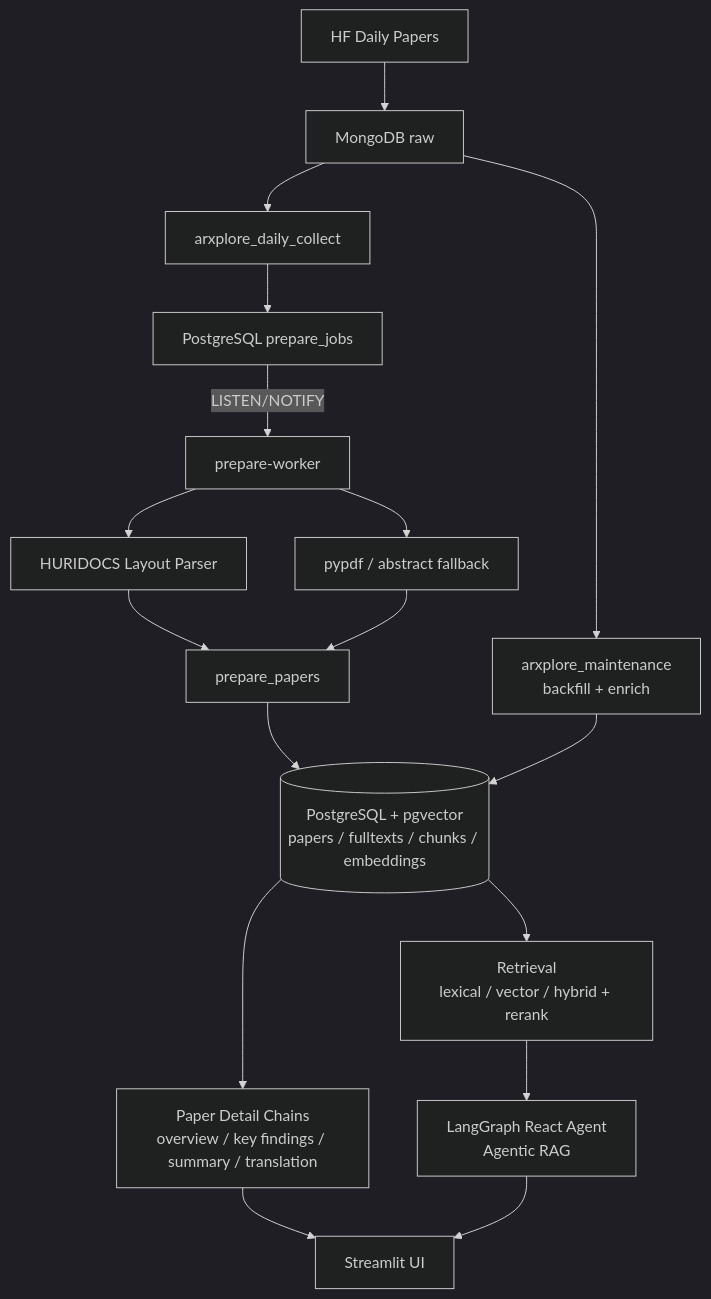
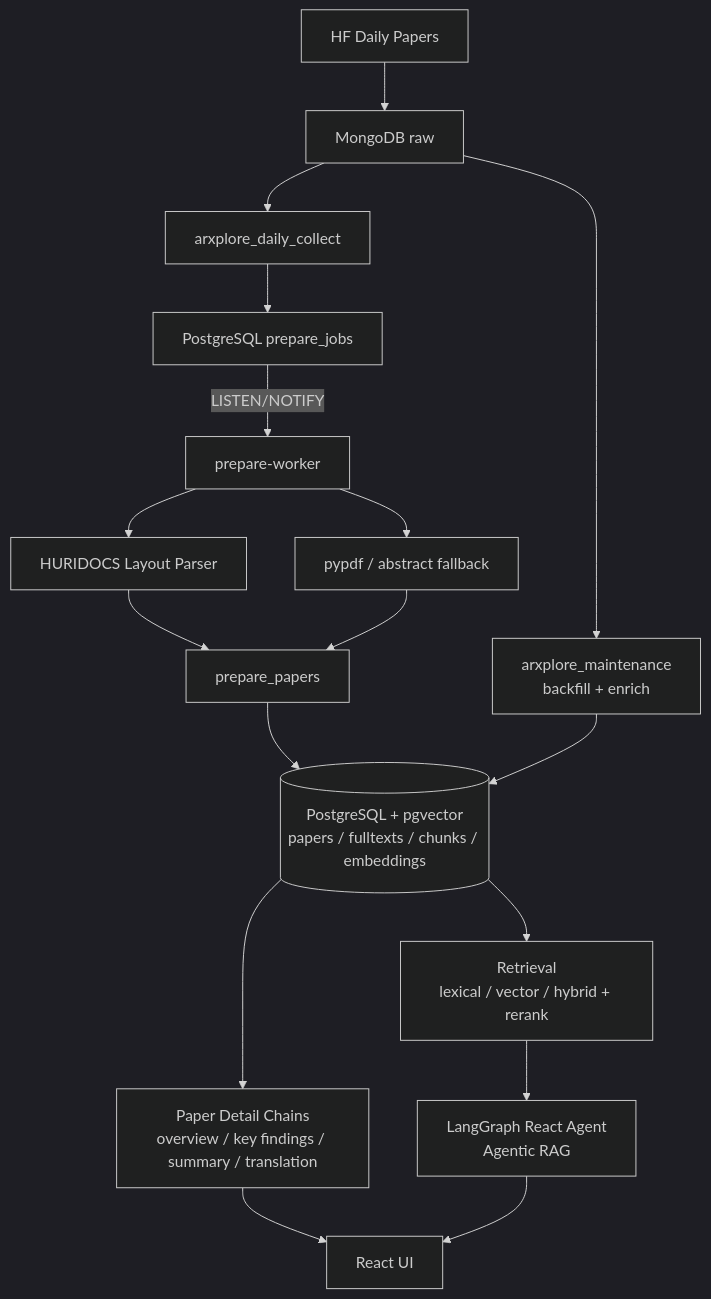
One commit to SKNETWORKS-FAMILY-AICAMP/SKN25-4th-2Team changed the diagram in README.md. Above: the diagram before and after it, drawn with Mermaid (dark theme). The commit also changed other lines of this file and 102 other files, not shown here.

````diff
--- a/README.md
+++ b/README.md
@@ -18,19 +18,19 @@
 ```mermaid
 flowchart TD
     A[HF Daily Papers] --> B[MongoDB raw]
     B --> C[arxplore_daily_collect]
     B --> D[arxplore_maintenance<br/>backfill + enrich]
     C --> E[PostgreSQL prepare_jobs]
     E -->|LISTEN/NOTIFY| F[prepare-worker]
     F --> G[HURIDOCS Layout Parser]
     F --> H[pypdf / abstract fallback]
     G --> I[prepare_papers]
     H --> I
     I --> J[(PostgreSQL + pgvector<br/>papers / fulltexts / chunks / embeddings)]
     D --> J
     J --> K[Retrieval<br/>lexical / vector / hybrid + rerank]
     J --> L[Paper Detail Chains<br/>overview / key findings / summary / translation]
     K --> M[LangGraph React Agent<br/>Agentic RAG]
-    L --> N[Streamlit UI]
+    L --> N[React UI]
     M --> N
 ```
````
